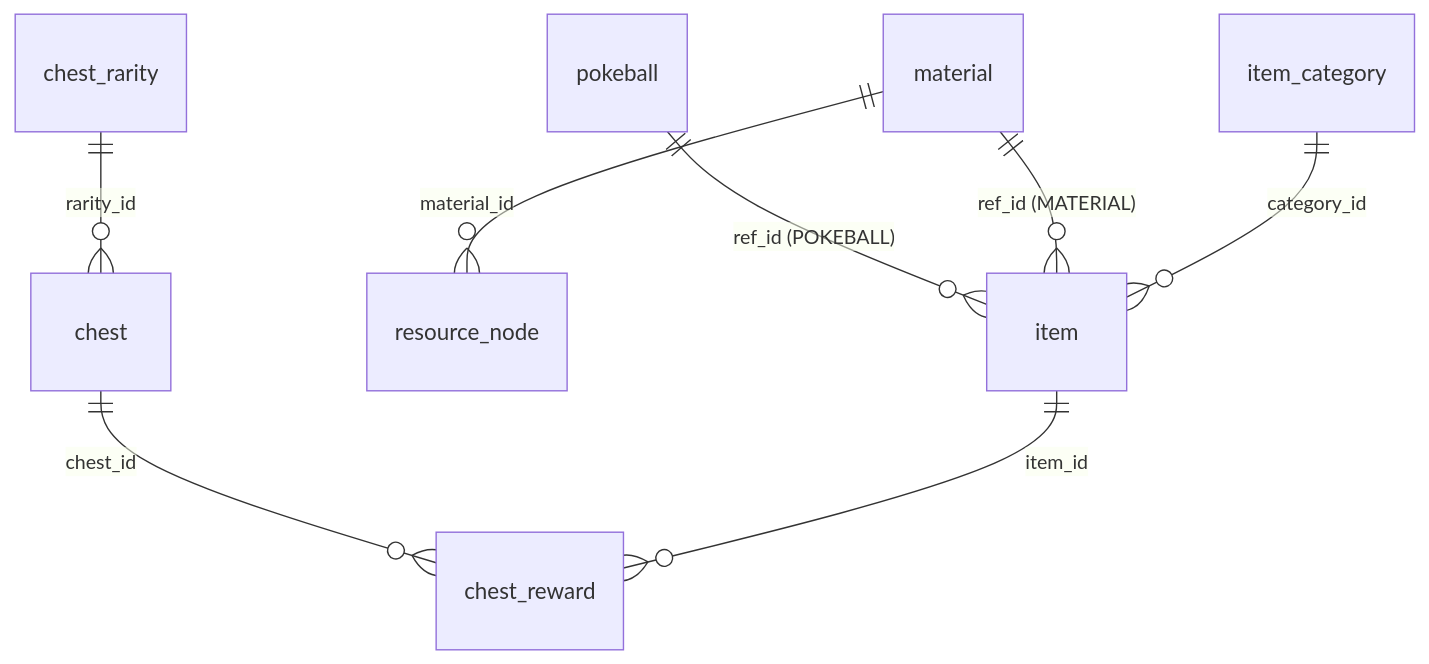
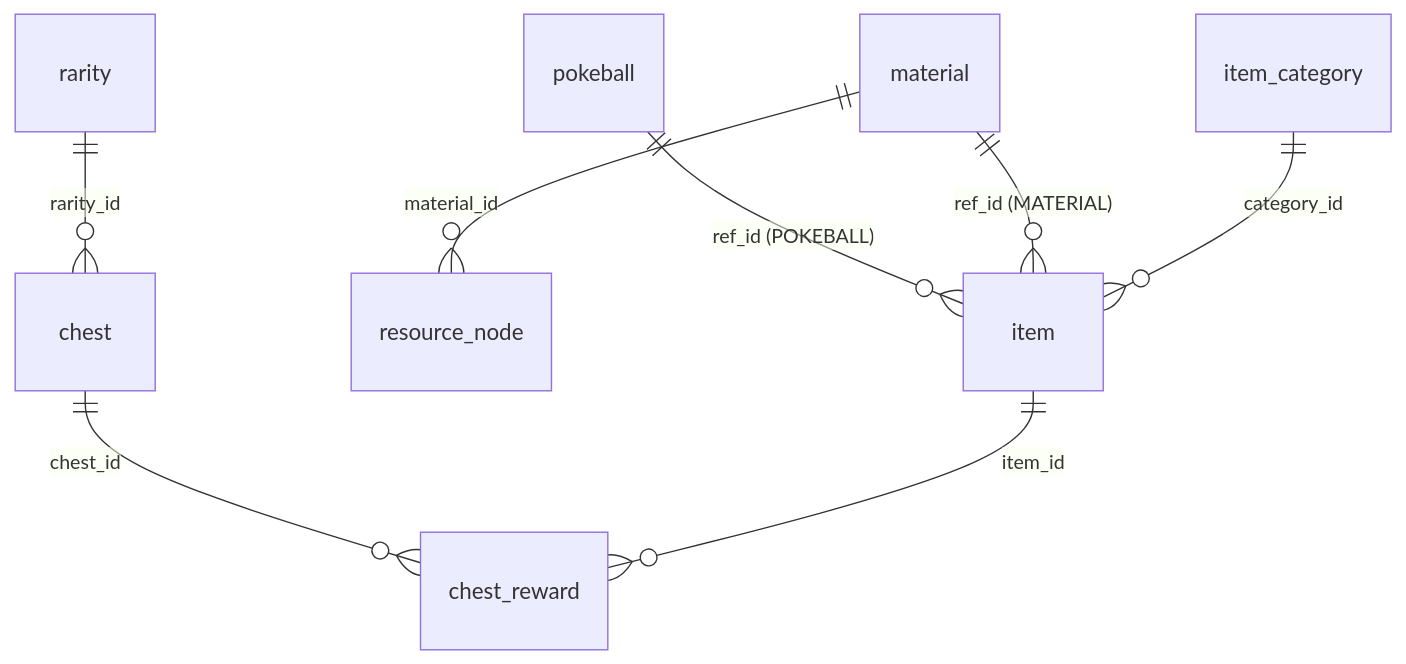
The diagram in docs/base-de-datos.md (Pascualinbbp/Pokemon-Edge), drawn with Mermaid before and after one commit. The commit also changed other lines of this file and 27 other files, not shown here.

````diff
--- a/docs/base-de-datos.md
+++ b/docs/base-de-datos.md
@@ -32,10 +32,10 @@
 ```mermaid
 erDiagram
     pokeball ||--o{ item : "ref_id (POKEBALL)"
     material ||--o{ item : "ref_id (MATERIAL)"
     item_category ||--o{ item : category_id
     material ||--o{ resource_node : material_id
-    chest_rarity ||--o{ chest : rarity_id
+    rarity ||--o{ chest : rarity_id
     chest ||--o{ chest_reward : chest_id
     item ||--o{ chest_reward : item_id
 ```
````
